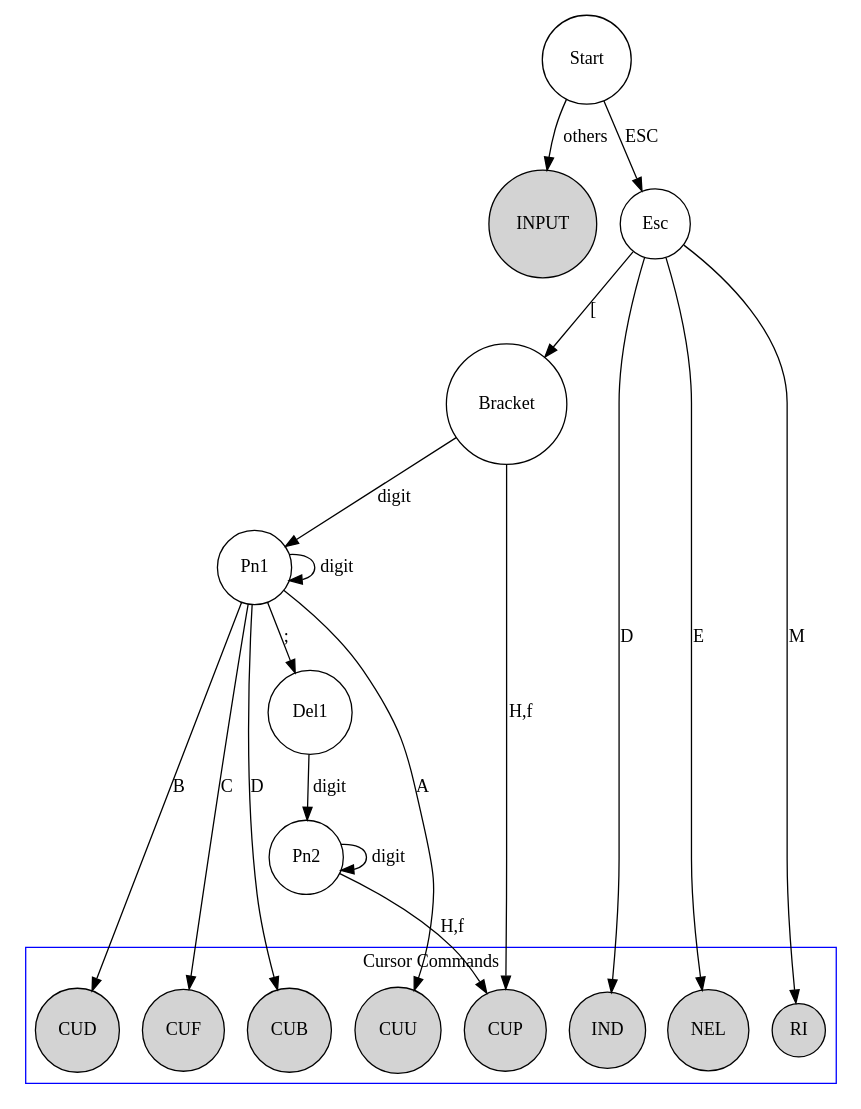
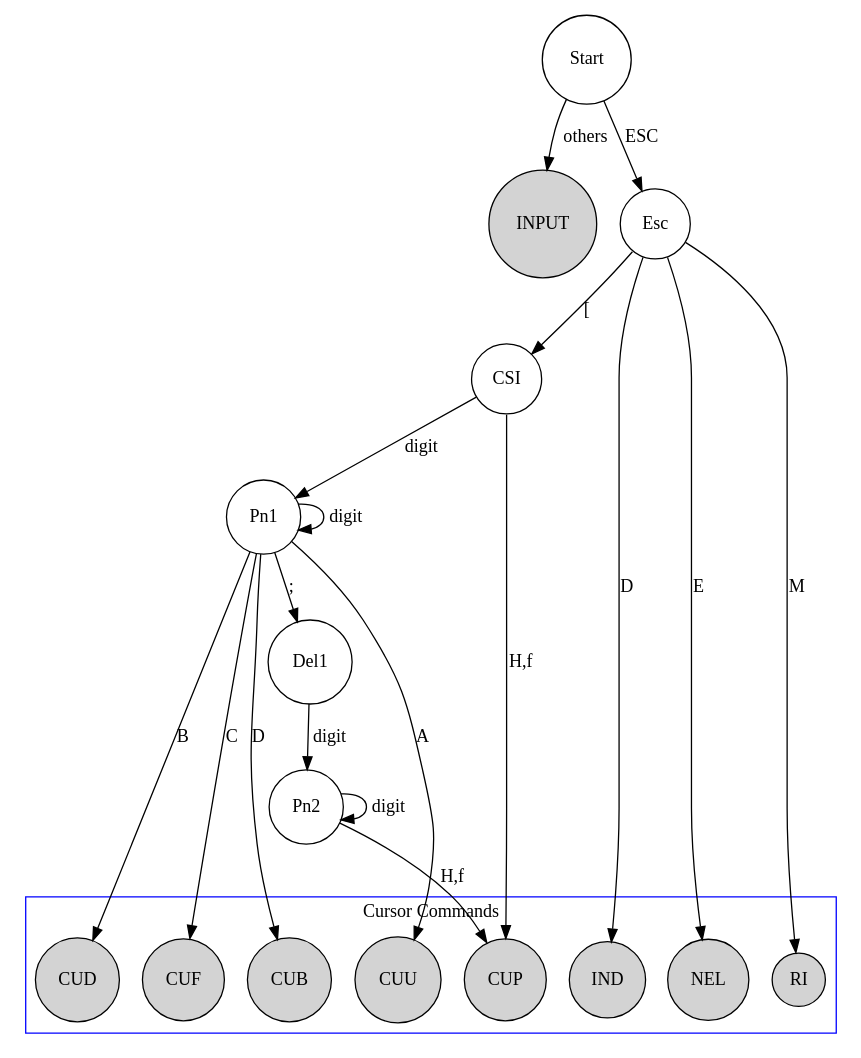
Before and after one commit to Harry-Chen/fpga-virtual-console: the diagram in doc/DFA.dot, drawn with Graphviz. The commit also changed 7 other files, not shown here.

```diff
--- a/doc/DFA.dot
+++ b/doc/DFA.dot
@@ -1,67 +1,67 @@
 digraph DFA {   
 //	edge[fontname="FangSong"];  
 //	node[peripheries=2, fontname="FangSong"];  
 	size="16, 16";  
 	node[shape=circle];  
 
 	Start;
 
 	INPUT[style=filled];
 	Start->INPUT[label=others];
 
 	/* Basic structure */
 
 	// ESC
 	Start->Esc[label=ESC];
 
 	// ESC [
-	Esc->Bracket[label="["];
+	Esc->CSI[label="["];
 
 	// ESC [ Pn
-	Bracket->Pn1[label="digit"];
+	CSI->Pn1[label="digit"];
 	Pn1->Pn1[label="digit"];
 
 	// ESC [ Pn; 
 	Pn1->Del1[label=";"];
 
 	// ESC [ Pn; Pn
 	Del1->Pn2[label="digit"];
 	Pn2->Pn2[label="digit"];
 
 
 	/* Cursor Movement Commands */
 	subgraph cluster1 {
 		node[style=filled];
         color=blue;
         label="Cursor Commands";  
 		CUU; CUD; CUF; CUB; 
 		CUP; IND; NEL; RI;
 	}
 
 	// ESC [ Pn A
 	Pn1->CUU[label=A];  // Cursor up
 
 	// ESC [ Pn B
 	Pn1->CUD[label=B];  // Cursor down
 
 	// ESC [ Pn C
 	Pn1->CUF[label=C];  // Cursor forward (right)
 
 	// ESC [ Pn B
 	Pn1->CUB[label=D];  // Cursor backward (left)
 
 	// ESC [ Pn; Pn H 
 	Pn2->CUP[label="H,f"]; // Cursor Position
 
 	// ESC [ H
-	Bracket->CUP[label="H,f"]; // Cursor Home
+	CSI->CUP[label="H,f"]; // Cursor Home
 
 	// ESC D
 	Esc->IND[label=D];  // Index
 
 	// ESC E
 	Esc->NEL[label=E];  // Next line
 
 	// ESC M
 	Esc->RI[label=M];  // Reserve Index
 }         
```
